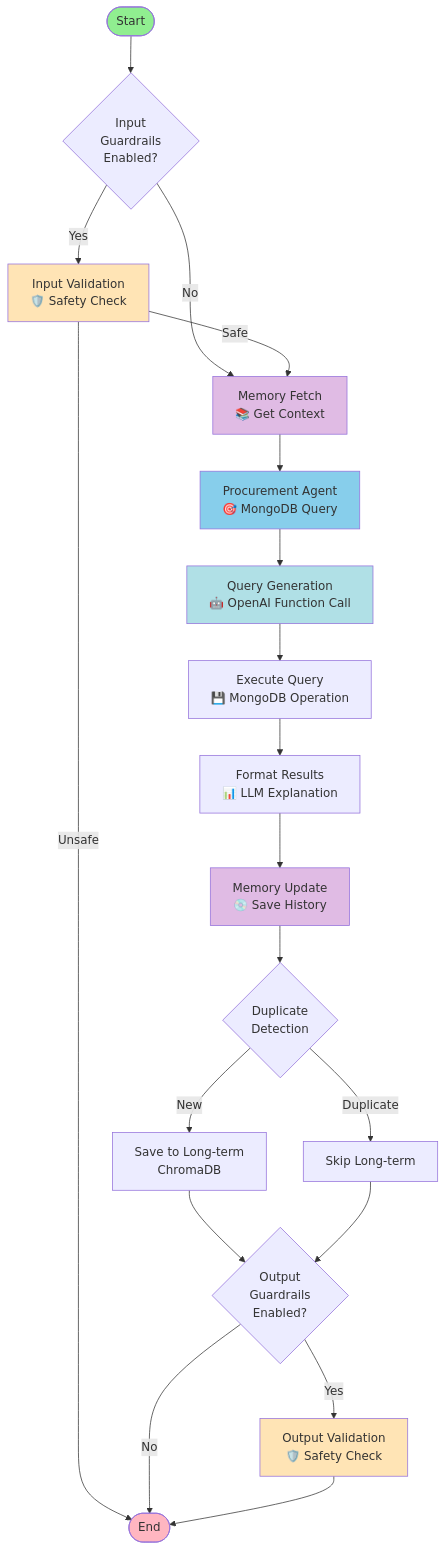
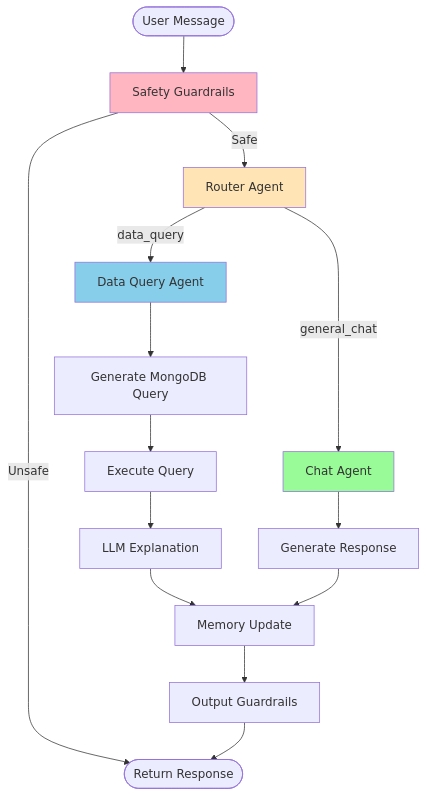
Before and after one commit to abdelmageed95/procurement-assistant: the diagram in README.md, drawn with Mermaid. The commit also changed other lines of this file and 15 other files, not shown here.

Commit message:
add chat agent and fix the guardrails

````diff
--- a/README.md
+++ b/README.md
@@ -167,41 +297,26 @@
 ```mermaid
 graph TD
-    START([Start]) --> IG{Input<br/>Guardrails<br/>Enabled?}
+    START([User Message]) --> Guard[Safety Guardrails]
 
-    IG -->|Yes| IGN[Input Validation<br/>🛡️ Safety Check]
-    IG -->|No| MF
+    Guard -->|Safe| Router[Router Agent]
+    Guard -->|Unsafe| END[Reject]
 
-    IGN -->|Safe| MF[Memory Fetch<br/>📚 Get Context]
-    IGN -->|Unsafe| END
+    Router -->|data_query| DataAgent[Data Query Agent]
+    Router -->|general_chat| ChatAgent[Chat Agent]
 
-    MF --> Agent[Procurement Agent<br/>🎯 MongoDB Query]
+    DataAgent --> QueryGen[Generate MongoDB Query]
+    QueryGen --> Execute[Execute Query]
+    Execute --> Explain[LLM Explanation]
+    Explain --> Memory[Memory Update]
 
-    Agent --> QueryGen[Query Generation<br/>🤖 OpenAI Function Call]
-    QueryGen --> Execute[Execute Query<br/>💾 MongoDB Operation]
-    Execute --> Format[Format Results<br/>📊 LLM Explanation]
+    ChatAgent --> ChatLLM[Generate Response]
+    ChatLLM --> Memory
 
-    Format --> MU[Memory Update<br/>💿 Save History]
+    Memory --> Output[Output Guardrails]
+    Output --> END([Return Response])
 
-    MU --> Dedup{Duplicate<br/>Detection}
-    Dedup -->|New| SaveLT[Save to Long-term<br/>ChromaDB]
-    Dedup -->|Duplicate| Skip[Skip Long-term]
-
-    SaveLT --> OG
-    Skip --> OG
-
-    OG{Output<br/>Guardrails<br/>Enabled?}
-
-    OG -->|Yes| OGN[Output Validation<br/>🛡️ Safety Check]
-    OG -->|No| END
-
-    OGN --> END([End])
-
-    style START fill:#90EE90
-    style END fill:#FFB6C1
-    style IGN fill:#FFE4B5
-    style MF fill:#E0BBE4
-    style Agent fill:#87CEEB
-    style QueryGen fill:#B0E0E6
-    style MU fill:#E0BBE4
-    style OGN fill:#FFE4B5
+    style Router fill:#FFE4B5
+    style DataAgent fill:#87CEEB
+    style ChatAgent fill:#98FB98
+    style Guard fill:#FFB6C1
 ```
````
